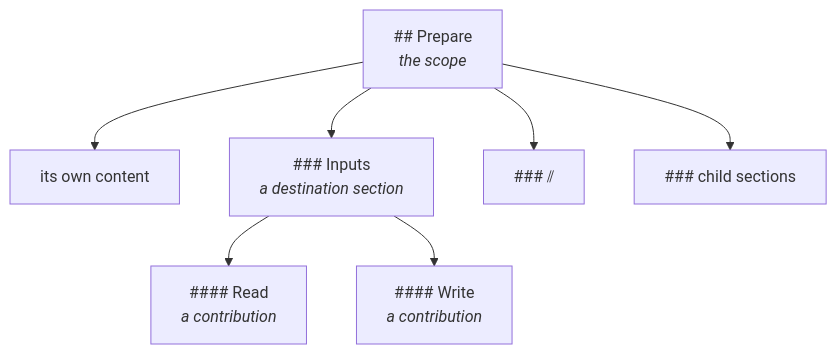
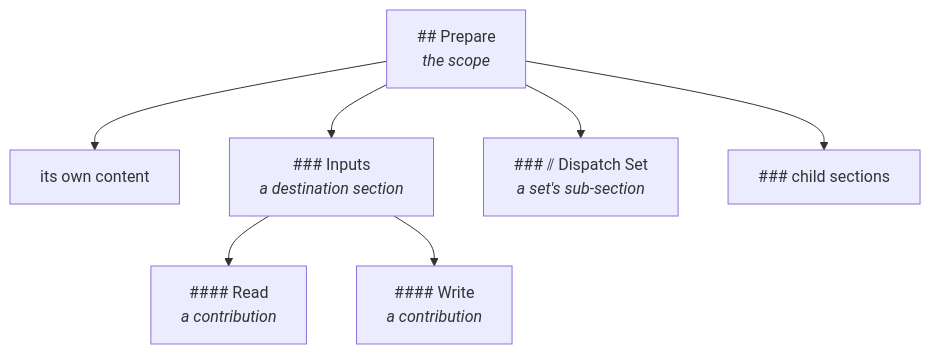
Before and after one commit to m2ux/prosiform: the diagram in docs/composition.md, drawn with Mermaid. The commit also changed 29 other files, not shown here.

````diff
--- a/docs/composition.md
+++ b/docs/composition.md
@@ -117,9 +117,9 @@
 ```mermaid
 flowchart TD
   Scope["## Prepare<br/><i>the scope</i>"] --> Own["its own content"]
   Scope --> Dest["### Inputs<br/><i>a destination section</i>"]
-  Scope --> Disp["### ⫽ <title> dispatch set<br/><i>a set's sub-section</i>"]
+  Scope --> Disp["### ⫽ Dispatch Set<br/><i>a set's sub-section</i>"]
   Scope --> Child["### child sections"]
   Dest --> C1["#### Read<br/><i>a contribution</i>"]
   Dest --> C2["#### Write<br/><i>a contribution</i>"]
 ```
````
